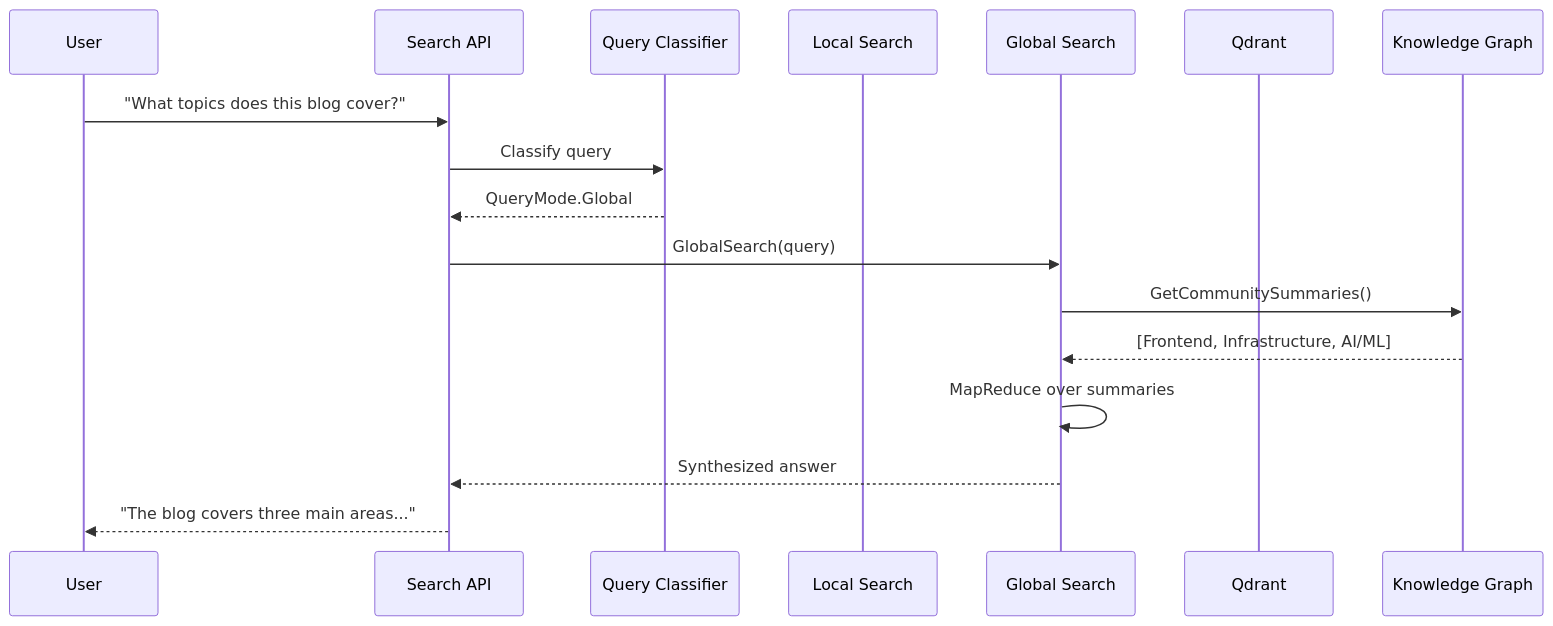
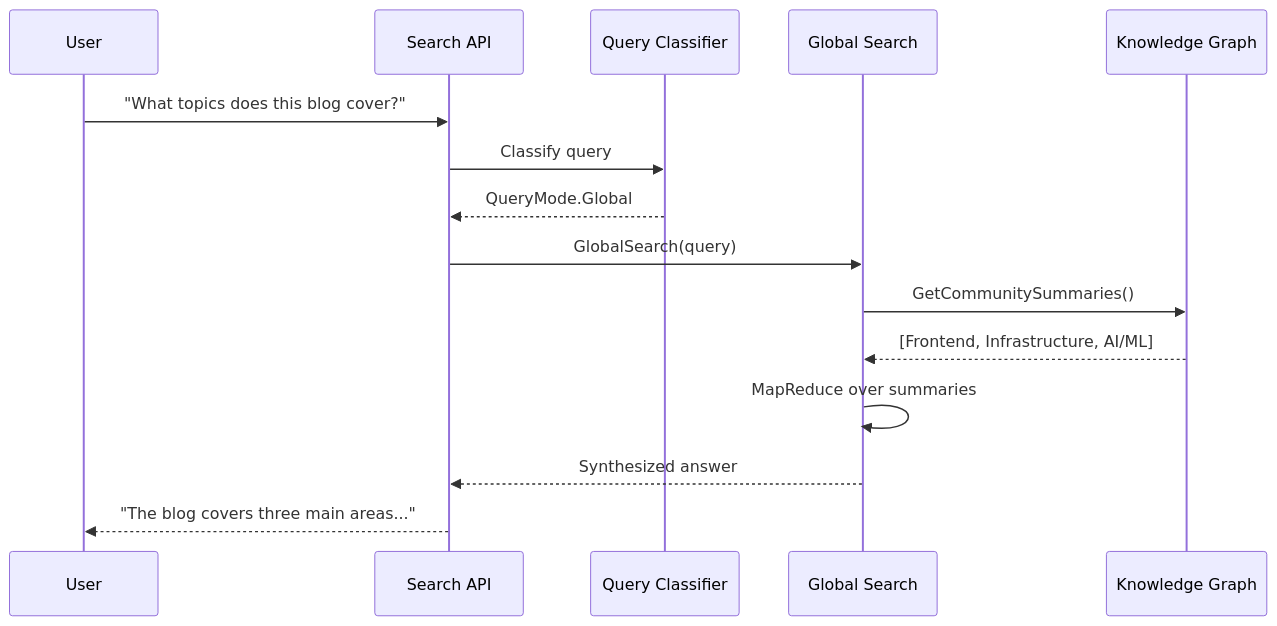
Before and after one commit to Shaddix/mostlylucidweb: the third of 4 diagrams in Mostlylucid/Markdown/graphrag-knowledge-graphs-for-rag.md, drawn with Mermaid. The commit also changed other lines of this file and 20 other files, not shown here.

First line of the commit message:
Add GraphRagPipeline orchestrator and migrate DuckDbVectorStore to native HNSW indexing

````diff
--- a/Mostlylucid/Markdown/graphrag-knowledge-graphs-for-rag.md
+++ b/Mostlylucid/Markdown/graphrag-knowledge-graphs-for-rag.md
@@ -704,22 +715,20 @@
 ```mermaid
 sequenceDiagram
     participant U as User
     participant API as Search API
     participant C as Query Classifier
-    participant L as Local Search
     participant G as Global Search
-    participant Q as Qdrant
     participant KG as Knowledge Graph
 
     U->>API: "What topics does this blog cover?"
     API->>C: Classify query
     C-->>API: QueryMode.Global
 
     API->>G: GlobalSearch(query)
     G->>KG: GetCommunitySummaries()
     KG-->>G: [Frontend, Infrastructure, AI/ML]
     G->>G: MapReduce over summaries
     G-->>API: Synthesized answer
 
     API-->>U: "The blog covers three main areas..."
 ```
````
